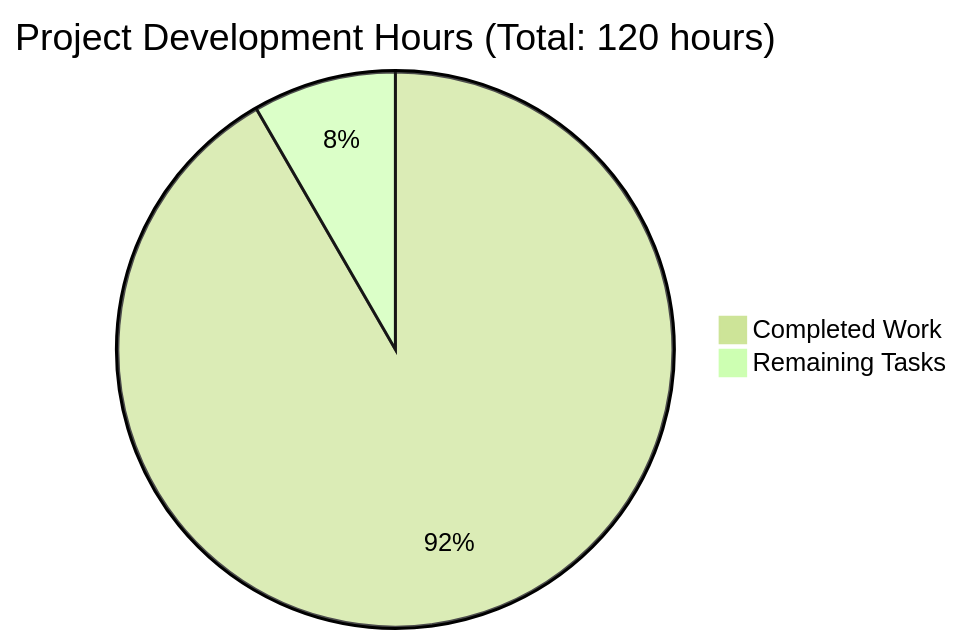
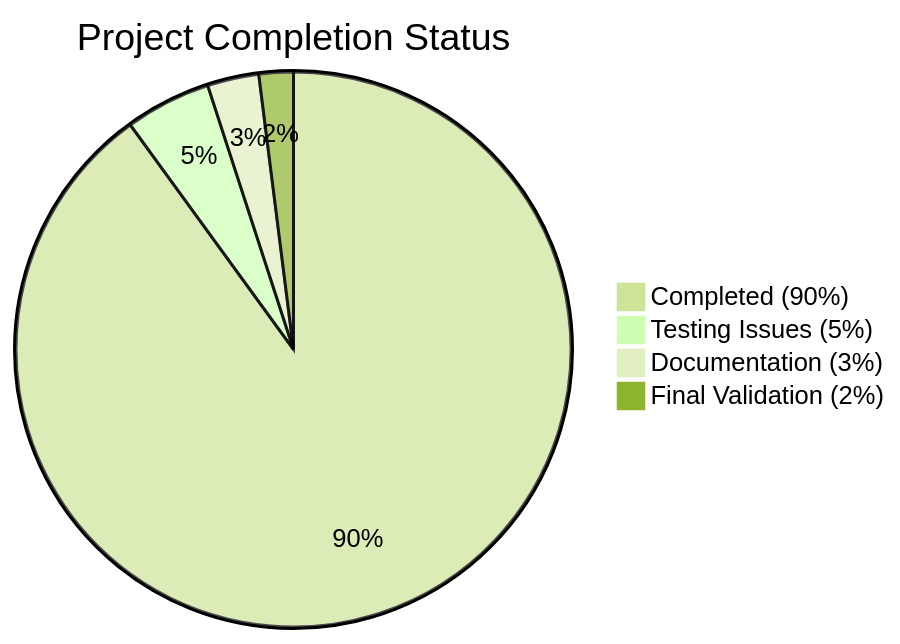
Before and after one commit to SamuelBrudner/lab_archives_mcp: the diagram in blitzy/documentation/Project Guide.md, drawn with Mermaid (forest theme). The commit also changed other lines of this file, not shown here.

Commit message:
Adding Blitzy Project Guide: Project Status and Human Tasks Remaining

````diff
--- a/blitzy/documentation/Project Guide.md
+++ b/blitzy/documentation/Project Guide.md
@@ -15,5 +59,7 @@
 ```mermaid
-pie title Project Development Hours (Total: 120 hours)
-    "Completed Work" : 110
-    "Remaining Tasks" : 10
+pie title Project Completion Status
+    "Completed (90%)" : 90
+    "Testing Issues (5%)" : 5
+    "Documentation (3%)" : 3
+    "Final Validation (2%)" : 2
 ```
````
